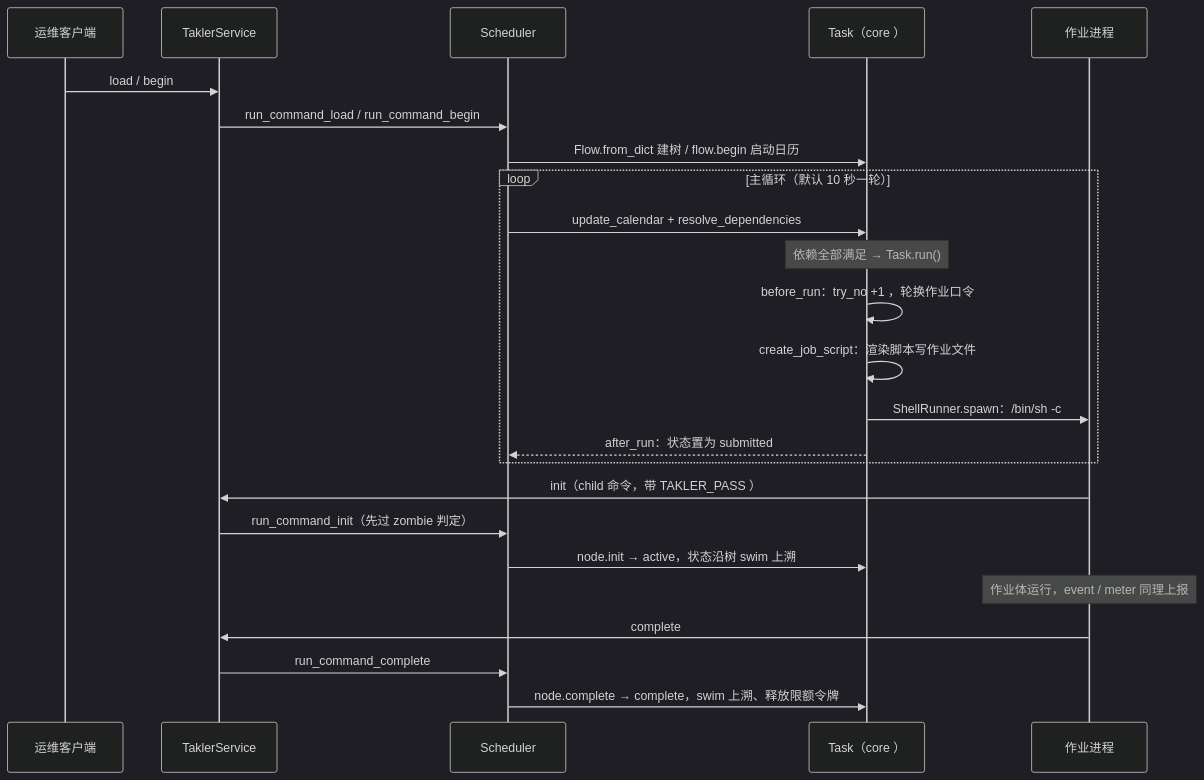
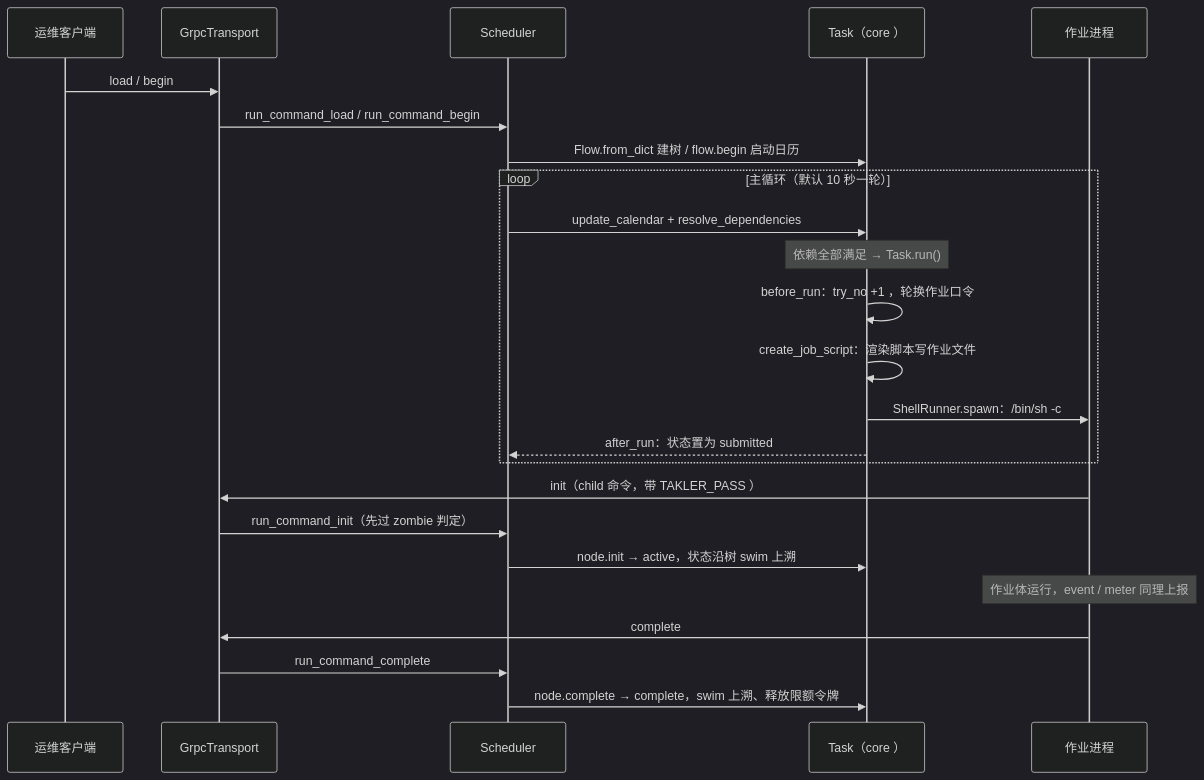
One commit to cemc-oper/takler changed the fourth of 4 diagrams in doc/source/develop/architecture.rst. Above: the diagram before and after it, drawn with Mermaid (dark theme). The commit also changed other lines of this file and 45 other files, not shown here.

```diff
--- a/doc/source/develop/architecture.rst
+++ b/doc/source/develop/architecture.rst
@@ -182,27 +185,27 @@
 .. mermaid::
 
     sequenceDiagram
         participant OP as 运维客户端
-        participant SVC as TaklerService
+        participant SVC as GrpcTransport
         participant SCH as Scheduler
         participant TASK as Task（core ）
         participant JOB as 作业进程
 
         OP ->> SVC : load / begin
         SVC ->> SCH : run_command_load / run_command_begin
         SCH ->> TASK : Flow.from_dict 建树 / flow.begin 启动日历
         loop 主循环（默认 10 秒一轮）
             SCH ->> TASK : update_calendar + resolve_dependencies
             Note over TASK : 依赖全部满足 → Task.run()
             TASK ->> TASK : before_run：try_no +1 ，轮换作业口令
             TASK ->> TASK : create_job_script：渲染脚本写作业文件
             TASK ->> JOB : ShellRunner.spawn：/bin/sh -c
             TASK -->> SCH : after_run：状态置为 submitted
         end
         JOB ->> SVC : init（child 命令，带 TAKLER_PASS ）
         SVC ->> SCH : run_command_init（先过 zombie 判定）
         SCH ->> TASK : node.init → active，状态沿树 swim 上溯
         Note over JOB : 作业体运行，event / meter 同理上报
         JOB ->> SVC : complete
         SVC ->> SCH : run_command_complete
         SCH ->> TASK : node.complete → complete，swim 上溯、释放限额令牌
```
